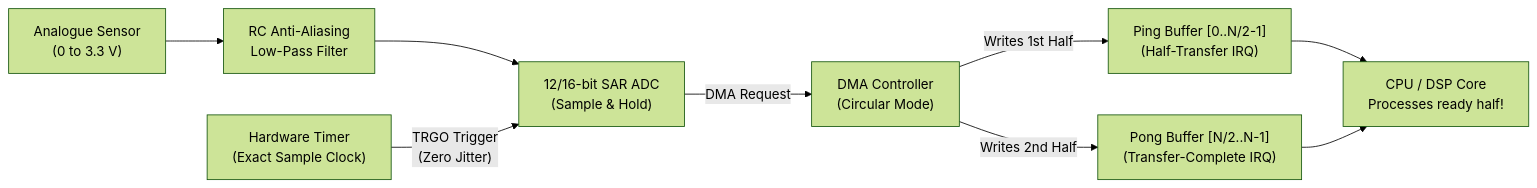
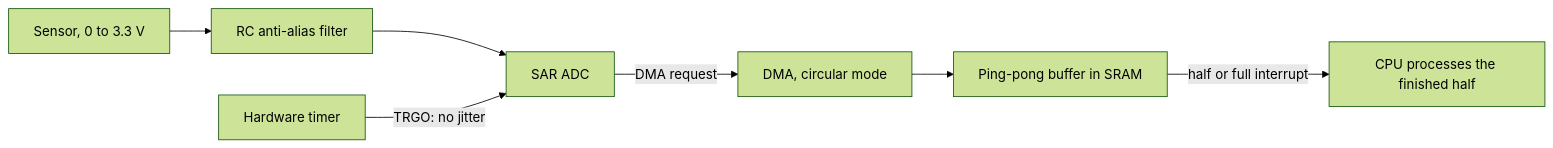
Before and after one commit to markbac/posters: the diagram in posters/embedded/hardware/adc-pwm-dma.md, drawn with Mermaid (forest theme). The commit also changed other lines of this file and 57 other files, not shown here.

````diff
--- a/posters/embedded/hardware/adc-pwm-dma.md
+++ b/posters/embedded/hardware/adc-pwm-dma.md
@@ -39,10 +37,8 @@
 ```mermaid
 flowchart LR
-  Sensor["Analogue Sensor\n(0 to 3.3 V)"] --> AAF["RC Anti-Aliasing\nLow-Pass Filter"]
-  AAF --> ADC["12/16-bit SAR ADC\n(Sample & Hold)"]
-  Timer["Hardware Timer\n(Exact Sample Clock)"] -- "TRGO Trigger\n(Zero Jitter)" --> ADC
-  ADC -- "DMA Request" --> DMA["DMA Controller\n(Circular Mode)"]
-  DMA -- "Writes 1st Half" --> BufA["Ping Buffer [0..N/2-1]\n(Half-Transfer IRQ)"]
-  DMA -- "Writes 2nd Half" --> BufB["Pong Buffer [N/2..N-1]\n(Transfer-Complete IRQ)"]
-  BufA & BufB --> DSP["CPU / DSP Core\nProcesses ready half!"]
+  Sensor["Sensor, 0 to 3.3 V"] --> AAF["RC anti-alias filter"] --> ADC["SAR ADC"]
+  Timer["Hardware timer"] -- "TRGO: no jitter" --> ADC
+  ADC -- "DMA request" --> DMA["DMA, circular mode"]
+  DMA --> Buf["Ping-pong buffer in SRAM"]
+  Buf -- "half or full interrupt" --> CPU["CPU processes the finished half"]
 ```
````
